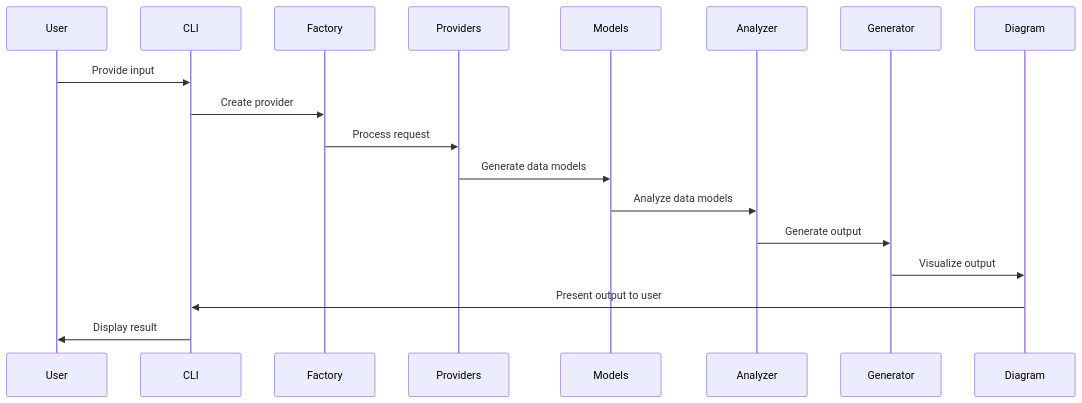
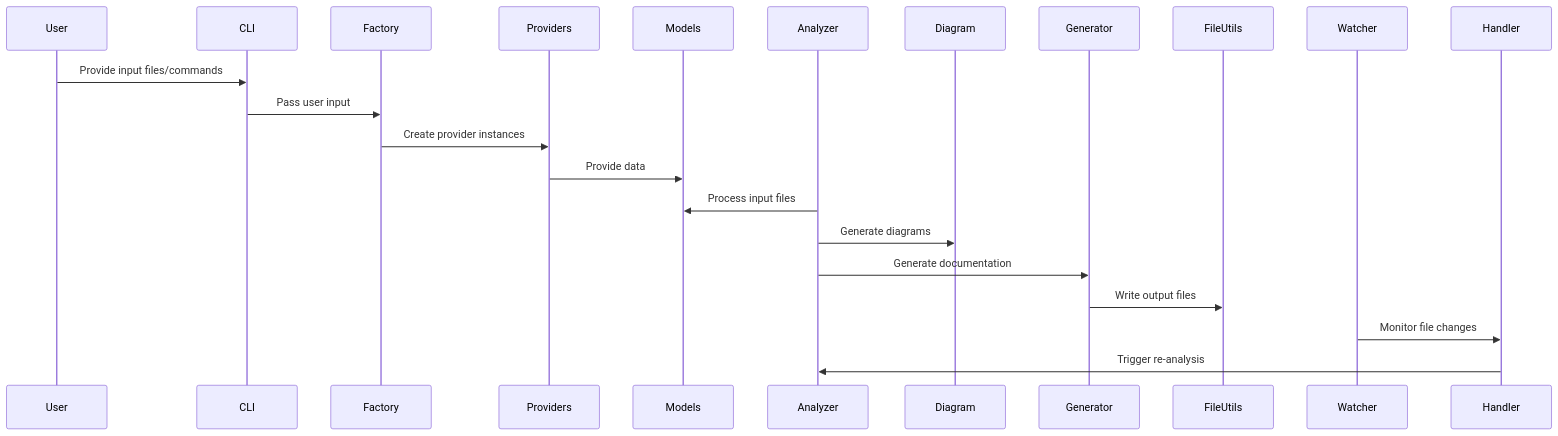
The second of 3 diagrams in website/docs/api-reference/overview/architecture.md (Source-Scribe/sourcescribe-core), drawn with Mermaid before and after one commit. The commit also changed other lines of this file and 5 other files, not shown here.

````diff
--- a/website/docs/api-reference/overview/architecture.md
+++ b/website/docs/api-reference/overview/architecture.md
@@ -47,21 +48,23 @@
 ```mermaid
 sequenceDiagram
     participant User
     participant CLI
     participant Factory
     participant Providers
     participant Models
     participant Analyzer
+    participant Diagram
     participant Generator
-    participant Diagram
+    participant FileUtils
 
-    User->>CLI: Provide input
-    CLI->>Factory: Create provider
-    Factory->>Providers: Process request
-    Providers->>Models: Generate data models
-    Models->>Analyzer: Analyze data models
-    Analyzer->>Generator: Generate output
-    Generator->>Diagram: Visualize output
-    Diagram->>CLI: Present output to user
-    CLI->>User: Display result
+    User->>CLI: Provide input files/commands
+    CLI->>Factory: Pass user input
+    Factory->>Providers: Create provider instances
+    Providers->>Models: Provide data
+    Analyzer->>Models: Process input files
+    Analyzer->>Diagram: Generate diagrams
+    Analyzer->>Generator: Generate documentation
+    Generator->>FileUtils: Write output files
+    Watcher->>Handler: Monitor file changes
+    Handler->>Analyzer: Trigger re-analysis
 ```
````
